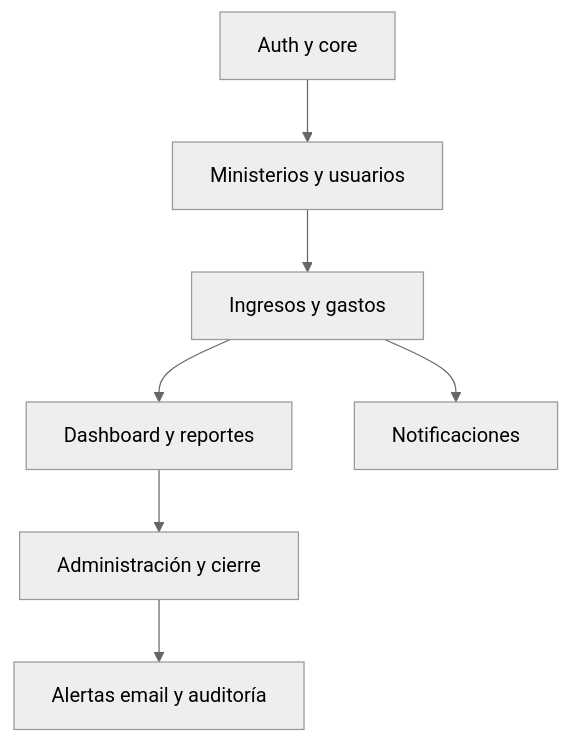
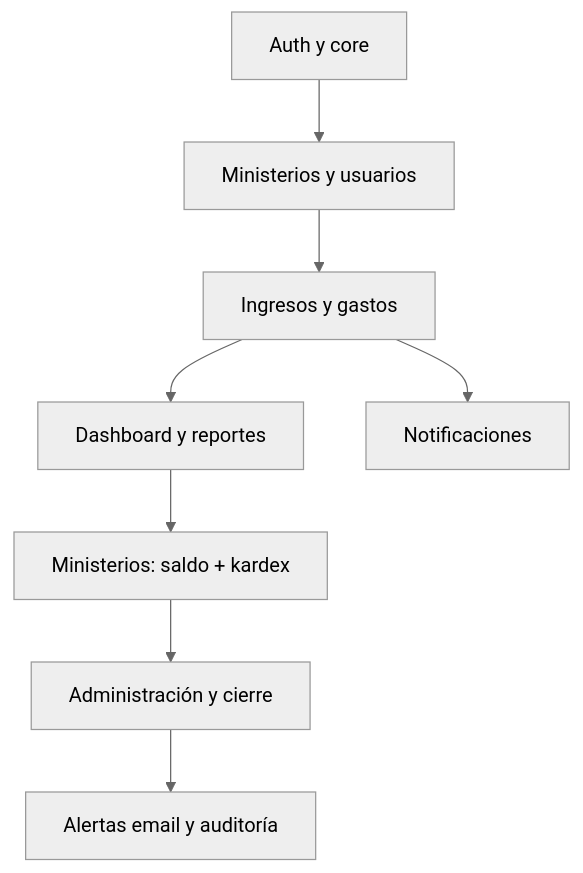
One commit to ena2000/proyecto_ieca changed the fourth of 5 diagrams in docs/METODOLOGIA.md. Above: the diagram before and after it, drawn with Mermaid (neutral theme). The commit also changed other lines of this file and 22 other files, not shown here.

````diff
--- a/docs/METODOLOGIA.md
+++ b/docs/METODOLOGIA.md
@@ -245,9 +284,10 @@
 ```mermaid
 flowchart TD
   A[Auth y core] --> B[Ministerios y usuarios]
   B --> C[Ingresos y gastos]
   C --> D[Dashboard y reportes]
   C --> E[Notificaciones]
-  D --> F[Administración y cierre]
+  D --> M[Ministerios: saldo + kardex]
+  M --> F[Administración y cierre]
   F --> G[Alertas email y auditoría]
 ```
````
